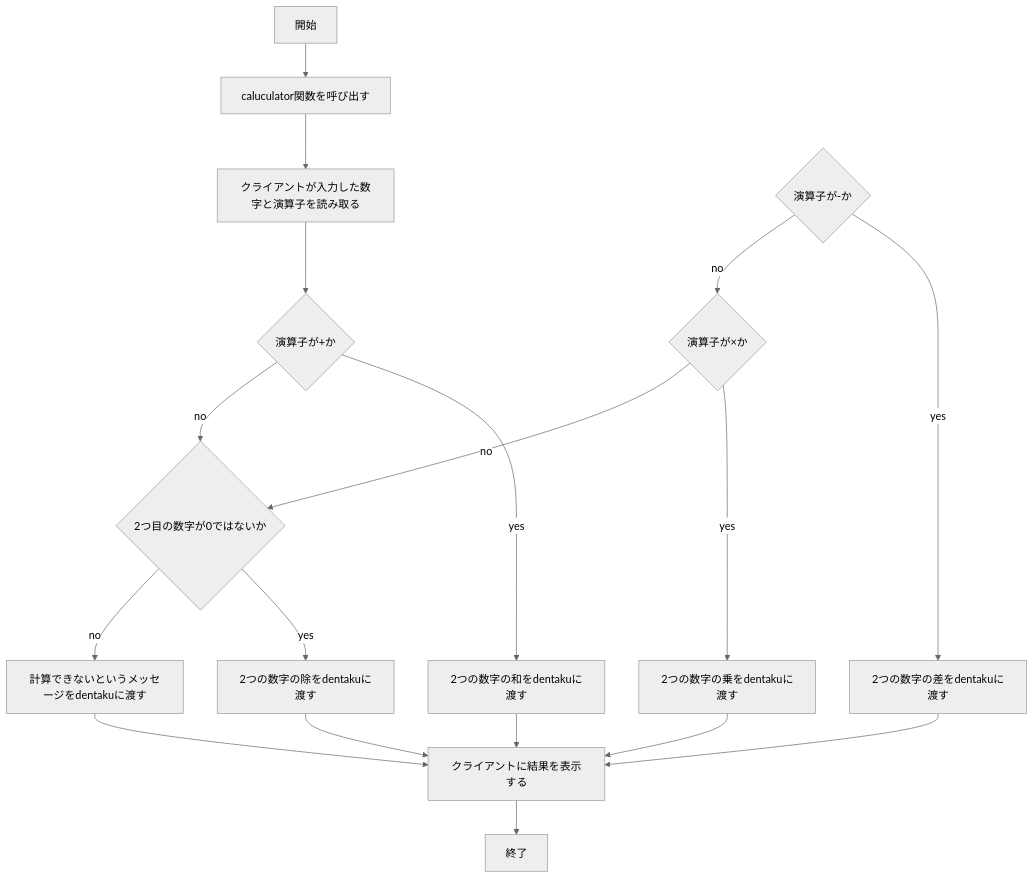
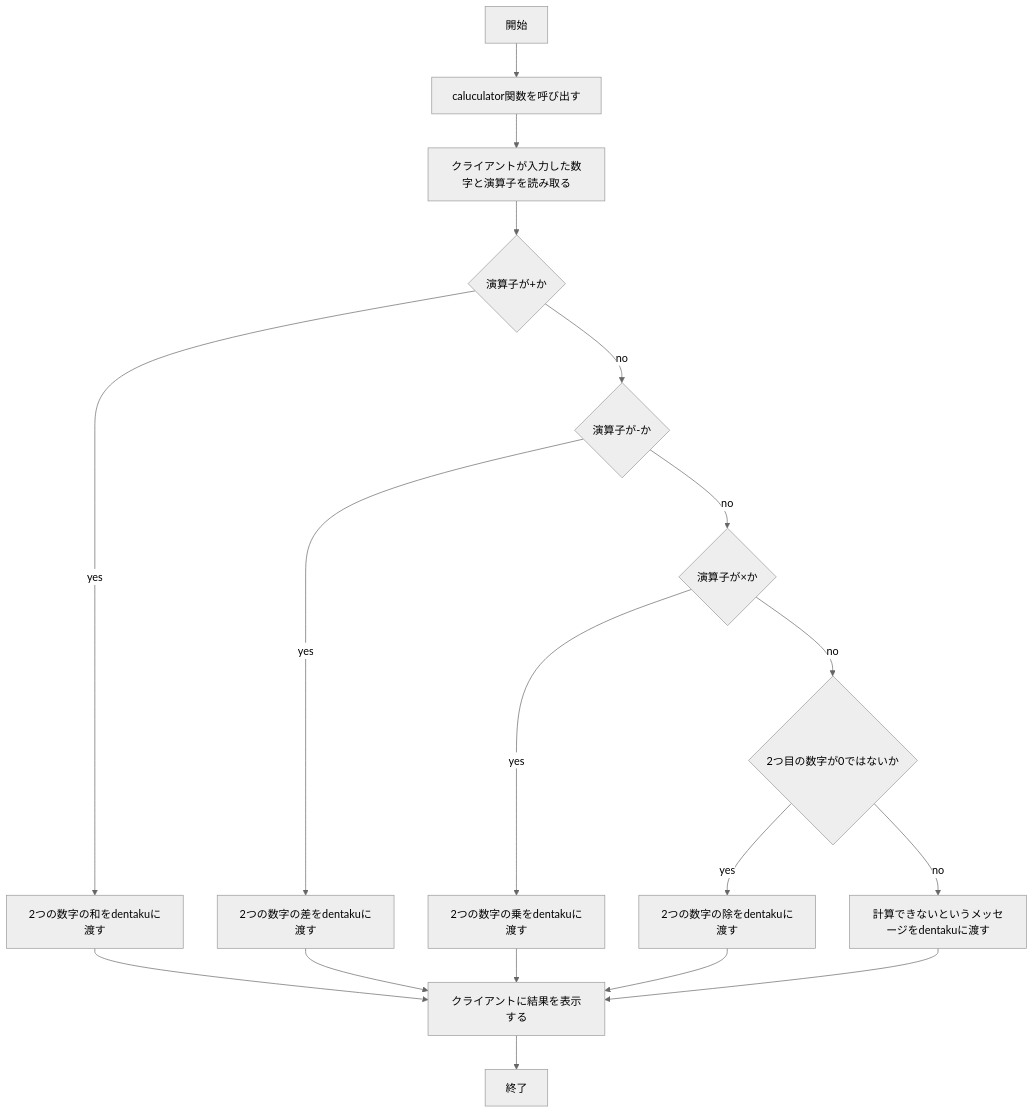
One commit to koki1005/webpro_06 changed the seventh of 7 diagrams in README.md. Above: the diagram before and after it, drawn with Mermaid (neutral theme).

Commit message:
なぞなぞと簡易的な電卓の機能を追加し，app5.jsの説明をした

````diff
--- a/README.md
+++ b/README.md
@@ -269,35 +269,35 @@
 ```mermaid
 flowchart TD;
     a["開始"]
     z["caluculator関数を呼び出す"]
     b["クライアントが入力した数字と演算子を読み取る"]
     c{"演算子が+か"}
     d{"演算子が-か"}
     e{"演算子が×か"}
     f{"2つ目の数字が0ではないか"}
     i["2つの数字の和をdentakuに渡す"]
     j["2つの数字の差をdentakuに渡す"]
     k["2つの数字の乗をdentakuに渡す"]
     l["2つの数字の除をdentakuに渡す"]
     m["計算できないというメッセージをdentakuに渡す"]
     o["終了"]
     p["クライアントに結果を表示する"]
 
     a --> z
     z --> b
     b --> c
-    c -- no --> f
+    c -- no --> d
     d -- no --> e
     e -- no --> f
     f -- no --> m
     c -- yes --> i
     d -- yes --> j
     e -- yes --> k
     f -- yes --> l
     i --> p
     j --> p
     k --> p
     l --> p
     m --> p
     p --> o
 ```
````
